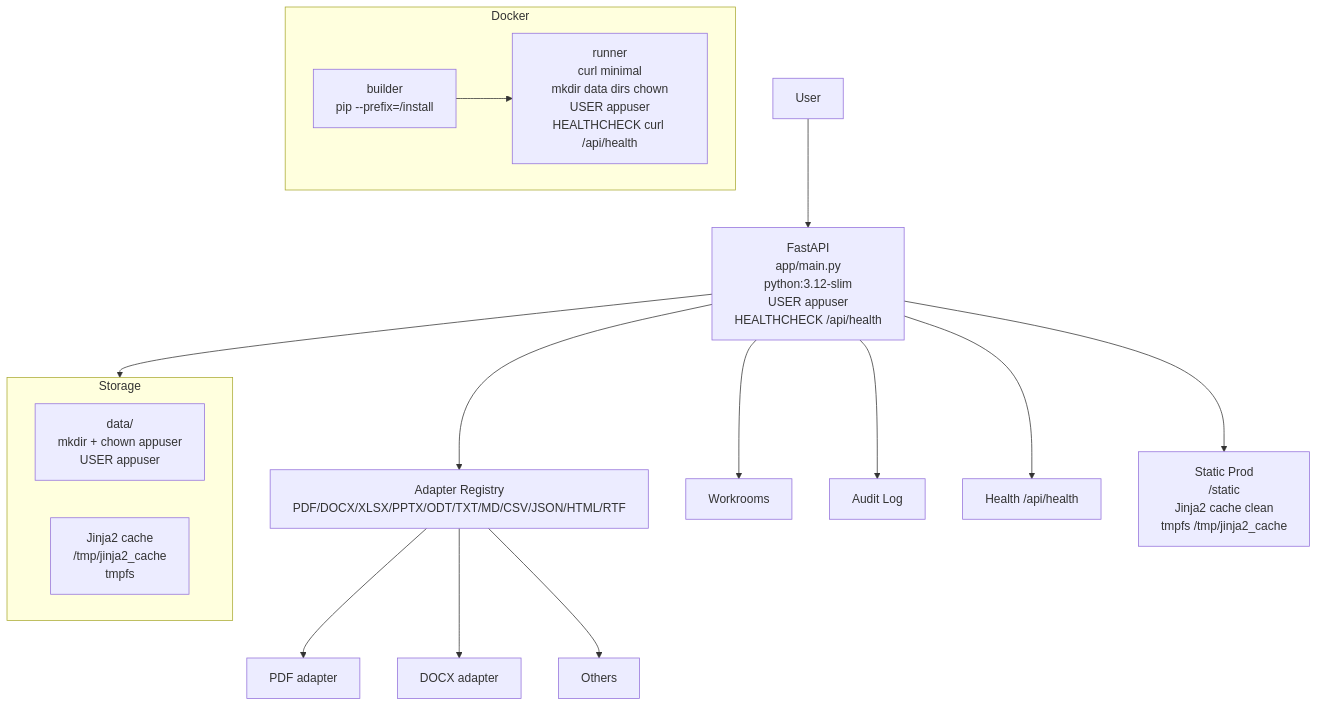
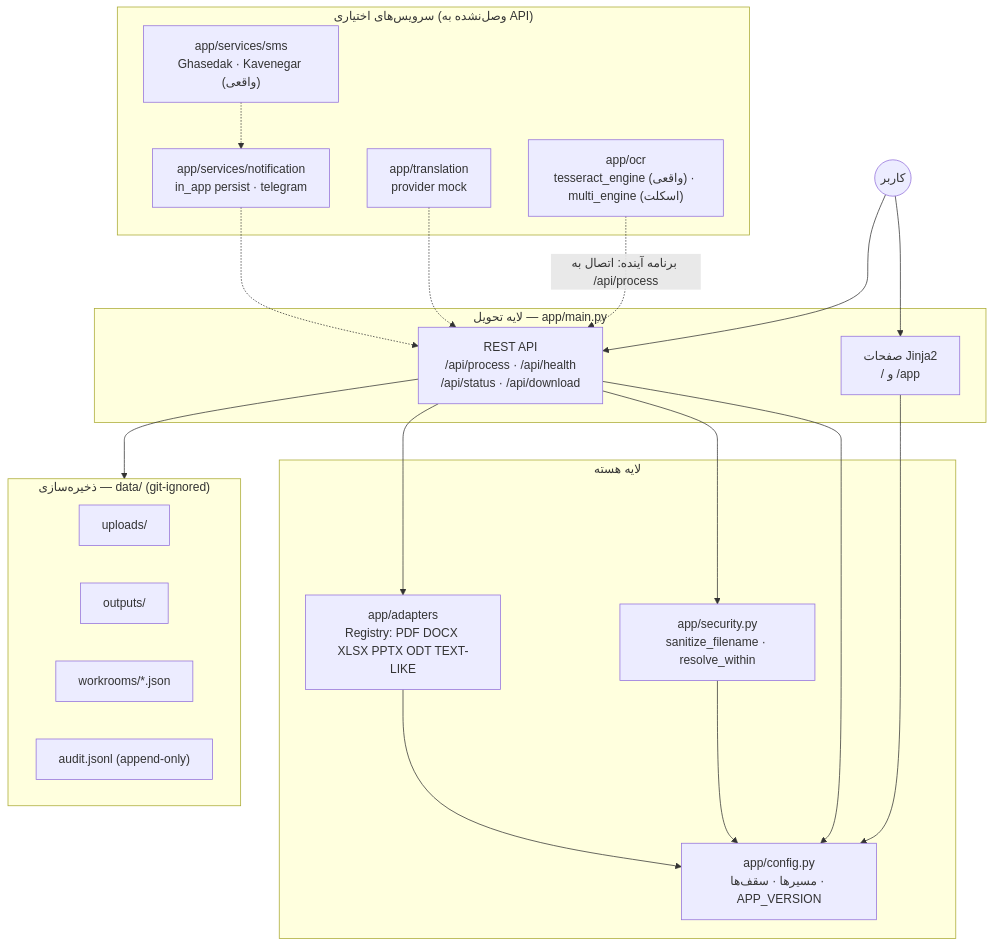
Before and after one commit to ansariaiadmin/universal-document-os: the first of 2 diagrams in ARCHITECTURE.md, drawn with Mermaid. The commit also changed other lines of this file and 24 other files, not shown here.

Commit message:
release: v3.2.6 — real OCR wiring (Tesseract engine + fallback), RCE fix, docs unified line-by-line with source, 40 tests green

````diff
--- a/ARCHITECTURE.md
+++ b/ARCHITECTURE.md
@@ -9,27 +48,41 @@
 ```mermaid
 graph TD
-    User --> API[FastAPI<br/>app/main.py<br/>python:3.12-slim<br/>USER appuser<br/>HEALTHCHECK /api/health]
-
-    API --> AdapterRegistry[Adapter Registry<br/>PDF/DOCX/XLSX/PPTX/ODT/TXT/MD/CSV/JSON/HTML/RTF]
-    AdapterRegistry --> PDF[PDF adapter]
-    AdapterRegistry --> DOCX[DOCX adapter]
-    AdapterRegistry --> Others[Others]
-
-    API --> Workrooms[Workrooms]
-    API --> Audit[Audit Log]
-    API --> Health[Health /api/health]
-    API --> Static[Static Prod<br/>/static<br/>Jinja2 cache clean<br/>tmpfs /tmp/jinja2_cache]
-
-    subgraph Storage[Storage]
-        DataDir[data/<br/>mkdir + chown appuser<br/>USER appuser]
-        Cache[Jinja2 cache<br/>/tmp/jinja2_cache<br/>tmpfs]
+    subgraph Delivery["لایه تحویل — app/main.py"]
+        Pages["صفحات Jinja2<br/>/ و /app"]
+        API["REST API<br/>/api/process · /api/health<br/>/api/status · /api/download"]
     end
 
+    subgraph Core["لایه هسته"]
+        SEC["app/security.py<br/>sanitize_filename · resolve_within"]
+        CFG["app/config.py<br/>مسیرها · سقف‌ها · APP_VERSION"]
+        ADAPT["app/adapters<br/>Registry: PDF DOCX XLSX PPTX ODT TEXT-LIKE"]
+    end
+
+    subgraph Services["سرویس‌های اختیاری (وصل‌نشده به API)"]
+        OCR["app/ocr<br/>tesseract_engine (واقعی) · multi_engine (اسکلت)"]
+        TR["app/translation<br/>provider mock"]
+        SMS["app/services/sms<br/>Ghasedak · Kavenegar (واقعی)"]
+        NOTIF["app/services/notification<br/>in_app persist · telegram"]
+    end
+
+    subgraph Storage["ذخیره‌سازی — data/ (git-ignored)"]
+        UP["uploads/"]
+        OUT["outputs/"]
+        WR["workrooms/*.json"]
+        AUD["audit.jsonl (append-only)"]
+    end
+
+    Client((کاربر)) --> Pages
+    Client --> API
+    API --> SEC
+    API --> ADAPT
     API --> Storage
-
-    subgraph Docker[Docker]
-        Builder[builder<br/>pip --prefix=/install]
-        Runner[runner<br/>curl minimal<br/>mkdir data dirs chown<br/>USER appuser<br/>HEALTHCHECK curl /api/health]
-        Builder --> Runner
-    end
+    Pages --> CFG
+    API --> CFG
+    SEC --> CFG
+    ADAPT --> CFG
+    OCR -. "برنامه آینده: اتصال به /api/process" .-> API
+    TR -.-> API
+    SMS -.-> NOTIF
+    NOTIF -.-> API
 ```
````
